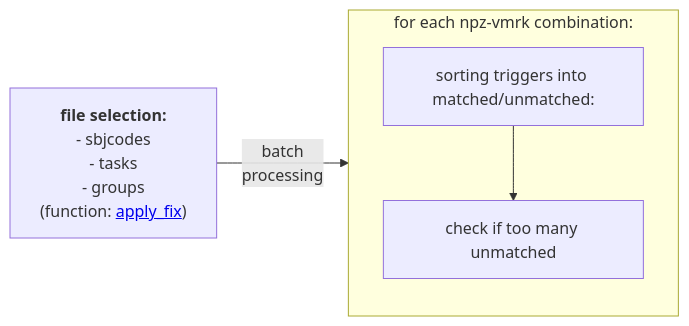
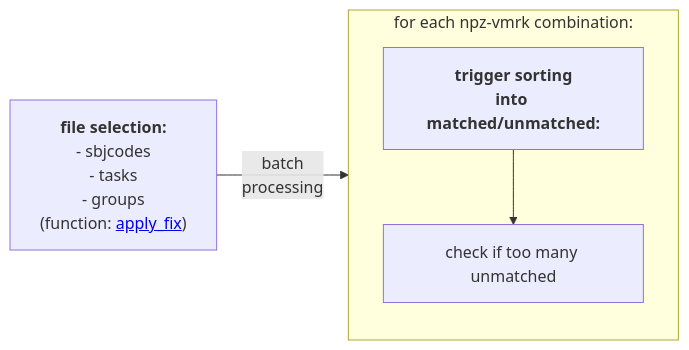
The diagram in README.md (neuro-dream/Trigger-Fix), drawn with Mermaid before and after one commit.

````diff
--- a/README.md
+++ b/README.md
@@ -6,16 +6,16 @@
 ```mermaid
 graph LR;
     A["<b>file selection:</b><br> - sbjcodes<br> - tasks<br> - groups<br> (function: <a href='https://github.com/neurodream/Trigger-Fix/blob/main/trigfix/trigger_compare_functions.py#L92'>apply_fix</a>)"]
-    B["sorting triggers into matched/unmatched:"]
+    B["<b>trigger sorting<br>into matched/unmatched:</b>"]
     C["check if too many unmatched"]
 
 subgraph for_each_file_comb["for each npz-vmrk combination:"]
     direction TB
     B-->C;
 end
 
     A--"batch <br>processing"-->for_each_file_comb;
     %% A-->C;
     %% B-->D;
     %% C-->D;
 ```
````
